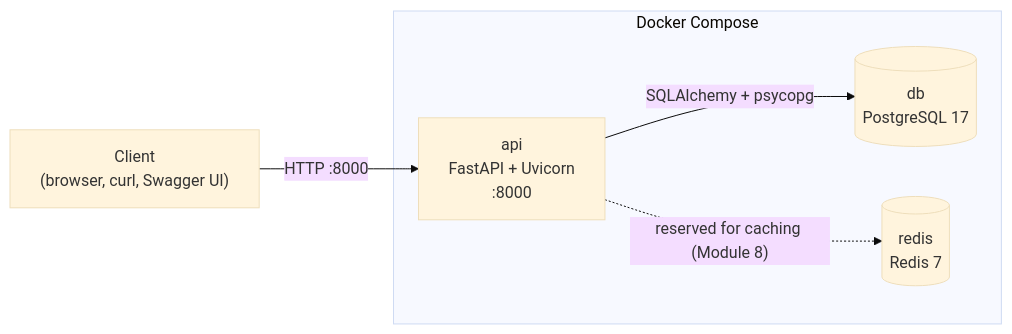
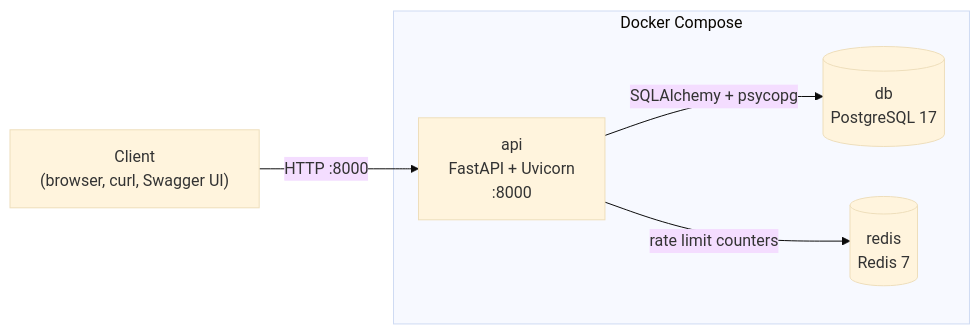
One commit to erickkanja-code/URL-Shortener_Microservice changed the first of 4 diagrams in README.md. Above: the diagram before and after it, drawn with Mermaid (base theme). The commit also changed other lines of this file and 7 other files, not shown here.

````diff
--- a/README.md
+++ b/README.md
@@ -22,14 +40,14 @@
 ```mermaid
 flowchart LR
     Client["Client<br/>(browser, curl, Swagger UI)"]
 
     subgraph Compose["Docker Compose"]
         API["api<br/>FastAPI + Uvicorn<br/>:8000"]
         DB[("db<br/>PostgreSQL 17")]
         Redis[("redis<br/>Redis 7")]
     end
 
     Client -->|"HTTP :8000"| API
     API -->|"SQLAlchemy + psycopg"| DB
-    API -.->|"reserved for caching (Module 8)"| Redis
+    API -->|"rate limit counters"| Redis
 ```
````
